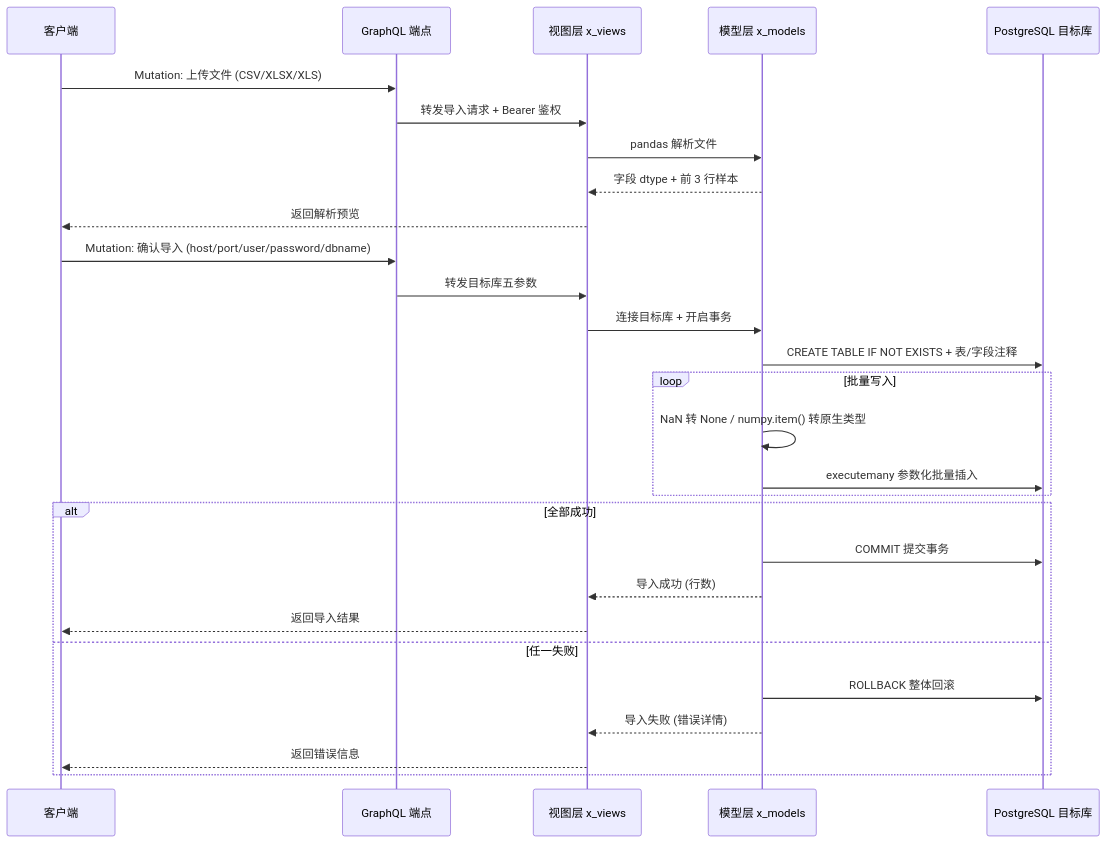
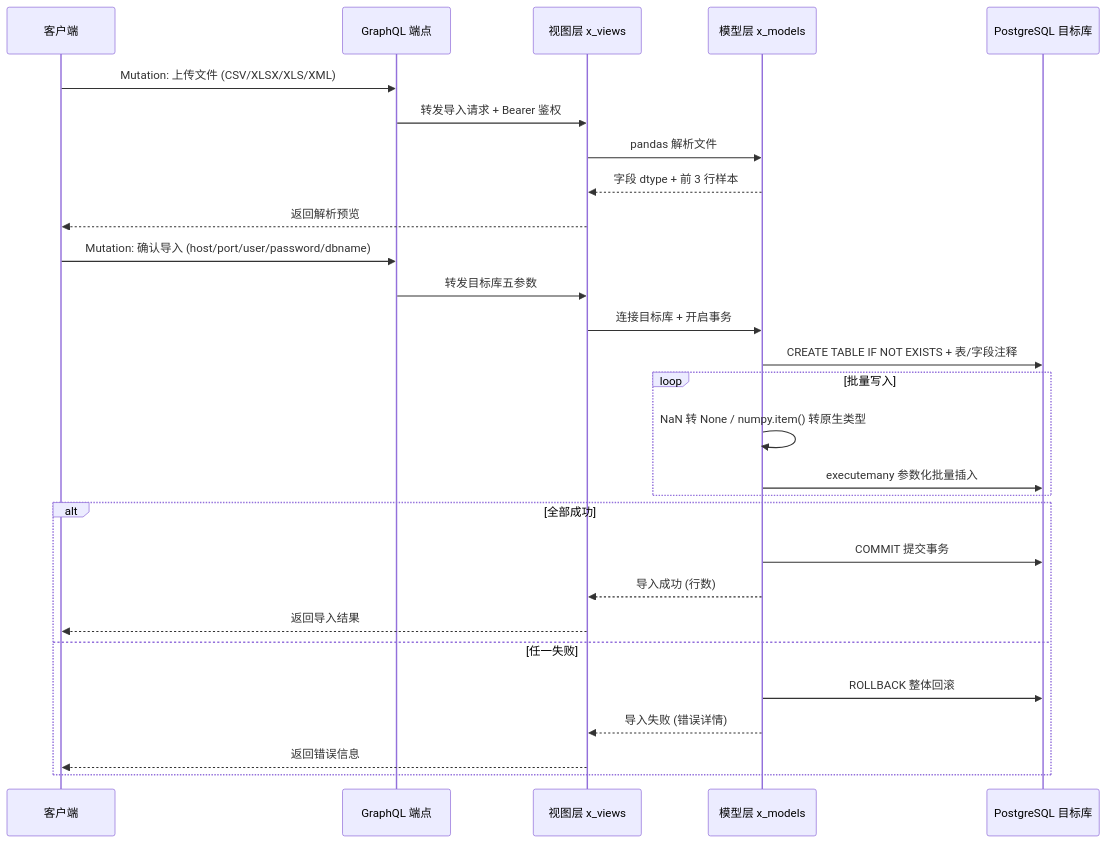
One commit to i-TorchLabs/id_x_013 changed the second of 2 diagrams in README.md. Above: the diagram before and after it, drawn with Mermaid. The commit also changed other lines of this file and 8 other files, not shown here.

````diff
--- a/README.md
+++ b/README.md
@@ -113,32 +114,32 @@
 ```mermaid
 sequenceDiagram
     participant C as 客户端
     participant G as GraphQL 端点
     participant V as 视图层 x_views
     participant M as 模型层 x_models
     participant D as PostgreSQL 目标库
 
-    C->>G: Mutation: 上传文件 (CSV/XLSX/XLS)
+    C->>G: Mutation: 上传文件 (CSV/XLSX/XLS/XML)
     G->>V: 转发导入请求 + Bearer 鉴权
     V->>M: pandas 解析文件
     M-->>V: 字段 dtype + 前 3 行样本
     V-->>C: 返回解析预览
 
     C->>G: Mutation: 确认导入 (host/port/user/password/dbname)
     G->>V: 转发目标库五参数
     V->>M: 连接目标库 + 开启事务
     M->>D: CREATE TABLE IF NOT EXISTS + 表/字段注释
     loop 批量写入
         M->>M: NaN 转 None / numpy.item() 转原生类型
         M->>D: executemany 参数化批量插入
     end
     alt 全部成功
         M->>D: COMMIT 提交事务
         M-->>V: 导入成功 (行数)
         V-->>C: 返回导入结果
     else 任一失败
         M->>D: ROLLBACK 整体回滚
         M-->>V: 导入失败 (错误详情)
         V-->>C: 返回错误信息
     end
 ```
````
